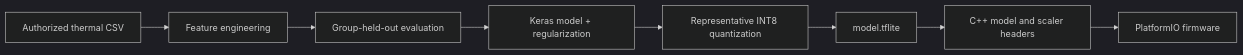
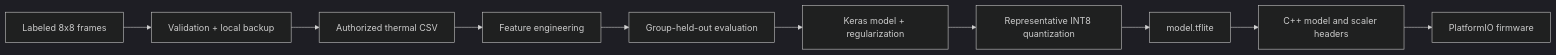
The second of 2 diagrams in README.md (Burger0328/Thermal-Presence-IoT-System), drawn with Mermaid (dark theme) before and after one commit. The commit also changed other lines of this file and 7 other files, not shown here.

Commit message:
Add thermal data collection and validation pipeline

````diff
--- a/README.md
+++ b/README.md
@@ -61,10 +61,12 @@
 ```mermaid
 flowchart LR
-    CSV["Authorized thermal CSV"] --> Engineering["Feature engineering"]
+    SensorData["Labeled 8x8 frames"] --> Validation["Validation + local backup"]
+    Validation --> CSV["Authorized thermal CSV"]
+    CSV --> Engineering["Feature engineering"]
     Engineering --> Split["Group-held-out evaluation"]
     Split --> Keras["Keras model + regularization"]
     Keras --> Quantize["Representative INT8 quantization"]
     Quantize --> TFLite["model.tflite"]
     TFLite --> Header["C++ model and scaler headers"]
     Header --> Firmware["PlatformIO firmware"]
 ```
````
